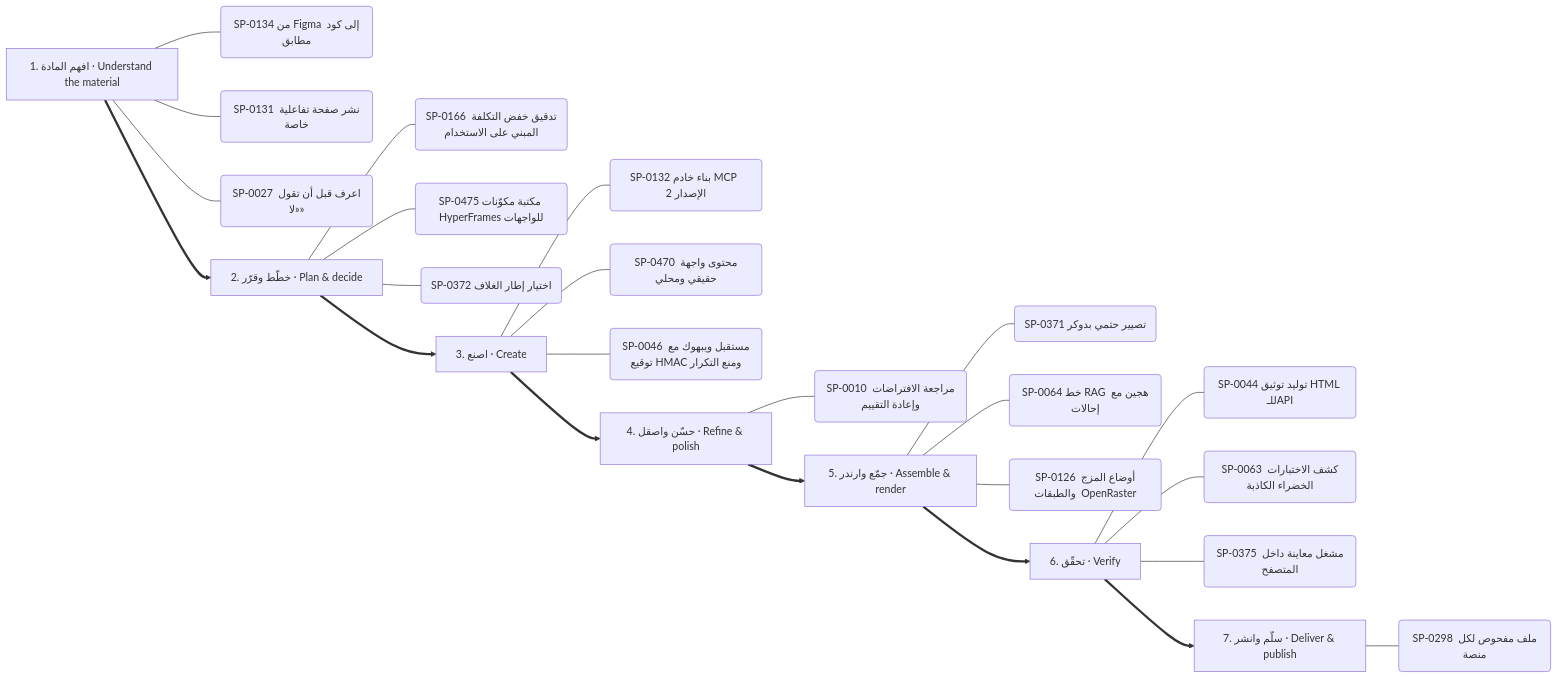
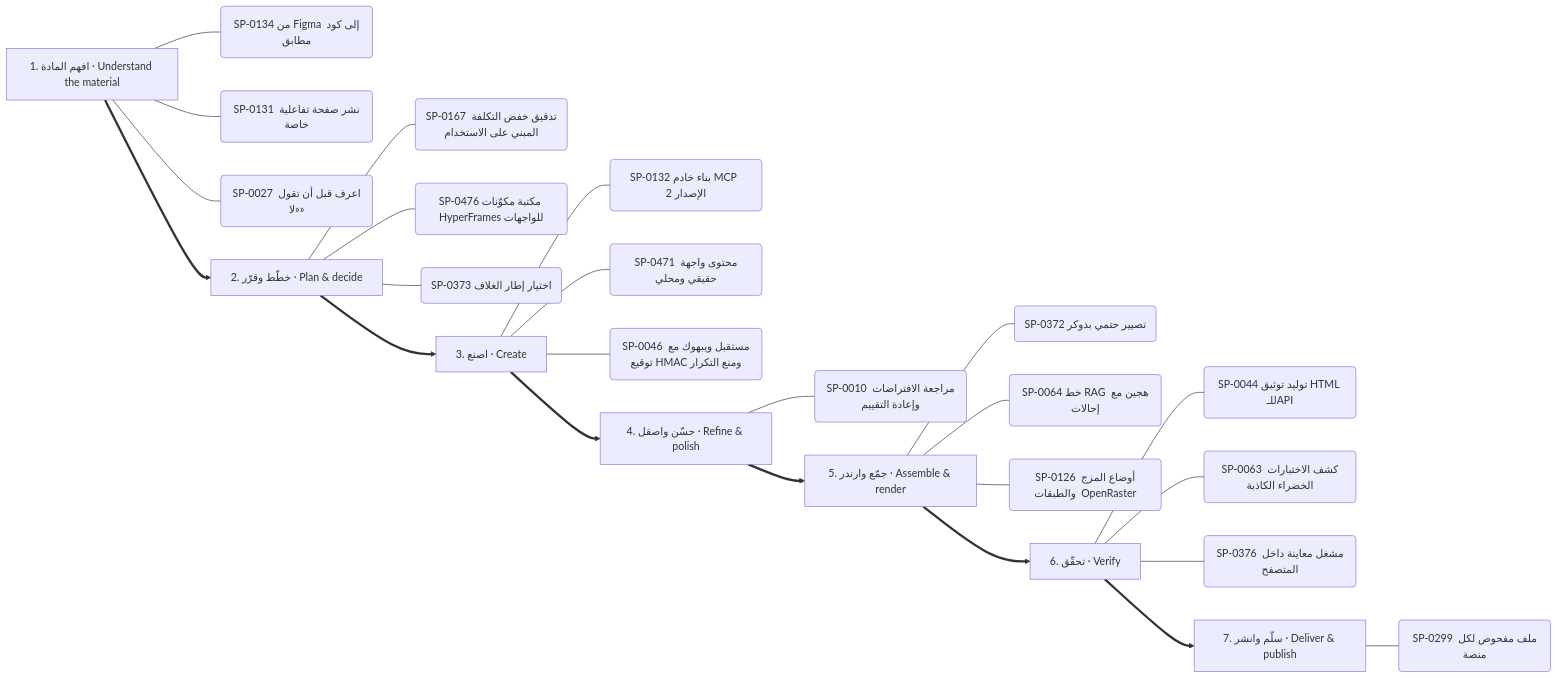
Before and after one commit to kosif199022-jpg/kosif-tool: the ninth of 13 diagrams in .claude/skills/kosif-superpowers/references/capability-mindmap.md, drawn with Mermaid. The commit also changed other lines of this file and 61 other files, not shown here.

````diff
--- a/.claude/skills/kosif-superpowers/references/capability-mindmap.md
+++ b/.claude/skills/kosif-superpowers/references/capability-mindmap.md
@@ -463,33 +463,33 @@
 ```mermaid
 flowchart LR
   S0["1. افهم المادة · Understand the material"]
   S0 --- S0_0("SP-0134 من Figma إلى كود مطابق")
   S0 --- S0_1("SP-0131 نشر صفحة تفاعلية خاصة")
   S0 --- S0_2("SP-0027 اعرف قبل أن تقول «لا»")
   S1["2. خطّط وقرّر · Plan & decide"]
-  S1 --- S1_0("SP-0166 تدقيق خفض التكلفة المبني على الاستخدام")
-  S1 --- S1_1("SP-0475 مكتبة مكوّنات HyperFrames للواجهات")
-  S1 --- S1_2("SP-0372 اختيار إطار الغلاف")
+  S1 --- S1_0("SP-0167 تدقيق خفض التكلفة المبني على الاستخدام")
+  S1 --- S1_1("SP-0476 مكتبة مكوّنات HyperFrames للواجهات")
+  S1 --- S1_2("SP-0373 اختيار إطار الغلاف")
   S0 ==> S1
   S2["3. اصنع · Create"]
   S2 --- S2_0("SP-0132 بناء خادم MCP  الإصدار 2 ")
-  S2 --- S2_1("SP-0470 محتوى واجهة حقيقي ومحلي")
+  S2 --- S2_1("SP-0471 محتوى واجهة حقيقي ومحلي")
   S2 --- S2_2("SP-0046 مستقبل ويبهوك مع توقيع HMAC ومنع التكرار")
   S1 ==> S2
   S3["4. حسّن واصقل · Refine & polish"]
   S3 --- S3_0("SP-0010 مراجعة الافتراضات وإعادة التقييم")
   S2 ==> S3
   S4["5. جمّع وارندر · Assemble & render"]
-  S4 --- S4_0("SP-0371 تصيير حتمي بدوكر")
+  S4 --- S4_0("SP-0372 تصيير حتمي بدوكر")
   S4 --- S4_1("SP-0064 خط RAG هجين مع إحالات")
   S4 --- S4_2("SP-0126 أوضاع المزج والطبقات  OpenRaster ")
   S3 ==> S4
   S5["6. تحقّق · Verify"]
   S5 --- S5_0("SP-0044 توليد توثيق HTML للـAPI")
   S5 --- S5_1("SP-0063 كشف الاختبارات الخضراء الكاذبة")
-  S5 --- S5_2("SP-0375 مشغل معاينة داخل المتصفح")
+  S5 --- S5_2("SP-0376 مشغل معاينة داخل المتصفح")
   S4 ==> S5
   S6["7. سلّم وانشر · Deliver & publish"]
-  S6 --- S6_0("SP-0298 ملف مفحوص لكل منصة")
+  S6 --- S6_0("SP-0299 ملف مفحوص لكل منصة")
   S5 ==> S6
 ```
````
